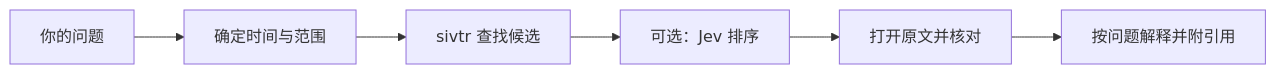
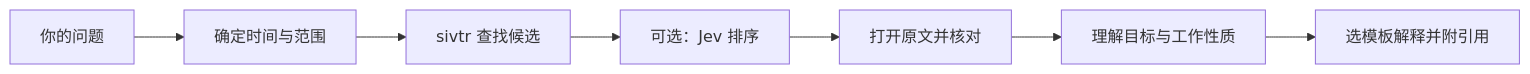
One commit to JamieJustTang/explain-everything-to-me changed the diagram in README.md. Above: the diagram before and after it, drawn with Mermaid. The commit also changed other lines of this file and 7 other files, not shown here.

````diff
--- a/README.md
+++ b/README.md
@@ -38,8 +39,9 @@
 ```mermaid
 flowchart LR
     A[你的问题] --> B[确定时间与范围]
     B --> C[sivtr 查找候选]
     C --> D[可选：Jev 排序]
     D --> E[打开原文并核对]
-    E --> F[按问题解释并附引用]
+    E --> F[理解目标与工作性质]
+    F --> G[选模板解释并附引用]
 ```
````
